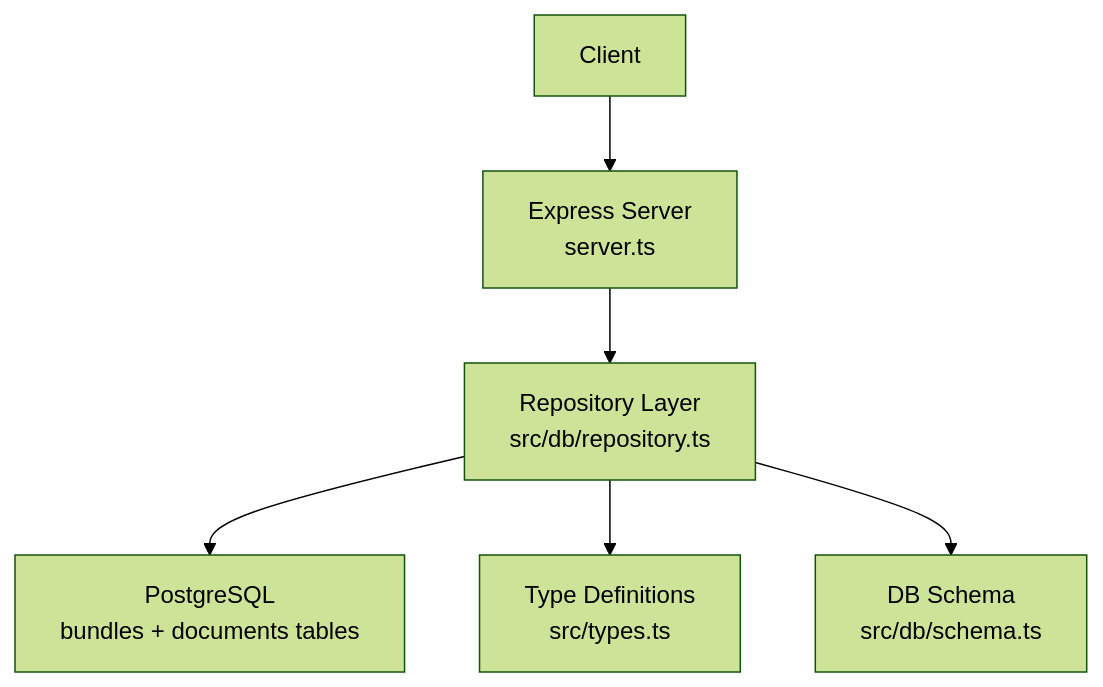
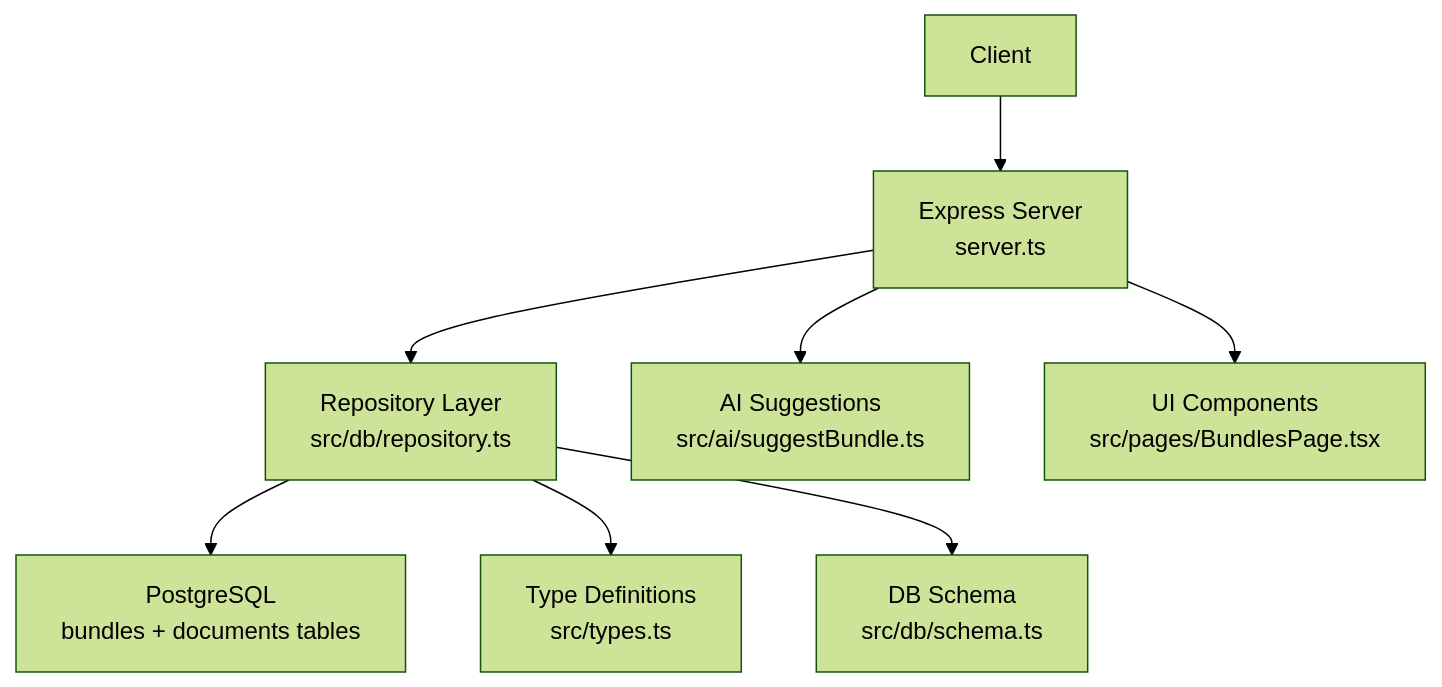
Before and after one commit to djahasiel101600/archivehub: the first of 5 diagrams in .qoder/repowiki/en/content/System Architecture/API Architecture/Resource Endpoints/Bundle Endpoints.md, drawn with Mermaid (forest theme). The commit also changed other lines of this file and 12 other files, not shown here.

````diff
--- a/.qoder/repowiki/en/content/System Architecture/API Architecture/Resource Endpoints/Bundle Endpoints.md
+++ b/.qoder/repowiki/en/content/System Architecture/API Architecture/Resource Endpoints/Bundle Endpoints.md
@@ -32,8 +45,10 @@
 ```mermaid
 graph TB
 Client["Client"] --> Server["Express Server<br/>server.ts"]
 Server --> Repo["Repository Layer<br/>src/db/repository.ts"]
 Repo --> DB["PostgreSQL<br/>bundles + documents tables"]
 Repo --> Types["Type Definitions<br/>src/types.ts"]
 Repo --> Schema["DB Schema<br/>src/db/schema.ts"]
+Server --> AI["AI Suggestions<br/>src/ai/suggestBundle.ts"]
+Server --> UI["UI Components<br/>src/pages/BundlesPage.tsx"]
 ```
````
